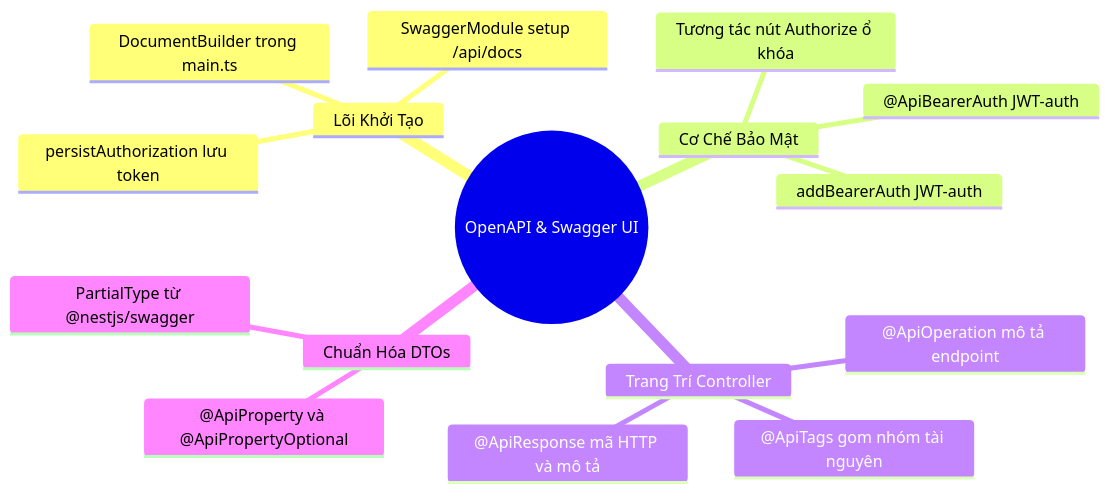
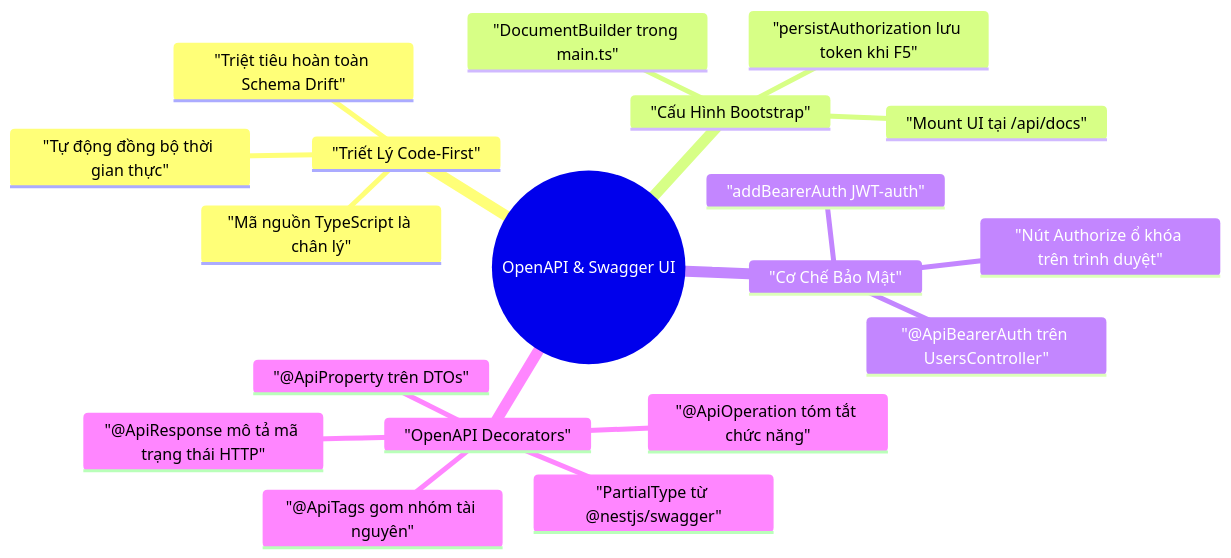
Before and after one commit to thanhmati/nestjs-basic-course: the diagram in docs/modules/module-05/lesson-5.1/lesson-5.1.md, drawn with Mermaid. The commit also changed other lines of this file and 4 other files, not shown here.

````diff
--- a/docs/modules/module-05/lesson-5.1/lesson-5.1.md
+++ b/docs/modules/module-05/lesson-5.1/lesson-5.1.md
@@ -518,19 +576,22 @@
 ```mermaid
 mindmap
-  root((OpenAPI & Swagger UI))
-    Lõi Khởi Tạo
-      DocumentBuilder trong main.ts
-      SwaggerModule setup /api/docs
-      persistAuthorization lưu token
-    Cơ Chế Bảo Mật
-      addBearerAuth JWT-auth
-      @ApiBearerAuth JWT-auth
-      Tương tác nút Authorize ổ khóa
-    Trang Trí Controller
-      @ApiTags gom nhóm tài nguyên
-      @ApiOperation mô tả endpoint
-      @ApiResponse mã HTTP và mô tả
-    Chuẩn Hóa DTOs
-      @ApiProperty và @ApiPropertyOptional
-      PartialType từ @nestjs/swagger
+  root(("OpenAPI & Swagger UI"))
+    "Triết Lý Code-First"
+      "Mã nguồn TypeScript là chân lý"
+      "Tự động đồng bộ thời gian thực"
+      "Triệt tiêu hoàn toàn Schema Drift"
+    "Cấu Hình Bootstrap"
+      "DocumentBuilder trong main.ts"
+      "Mount UI tại /api/docs"
+      "persistAuthorization lưu token khi F5"
+    "Cơ Chế Bảo Mật"
+      "addBearerAuth JWT-auth"
+      "@ApiBearerAuth trên UsersController"
+      "Nút Authorize ổ khóa trên trình duyệt"
+    "OpenAPI Decorators"
+      "@ApiTags gom nhóm tài nguyên"
+      "@ApiOperation tóm tắt chức năng"
+      "@ApiResponse mô tả mã trạng thái HTTP"
+      "@ApiProperty trên DTOs"
+      "PartialType từ @nestjs/swagger"
 ```
````
